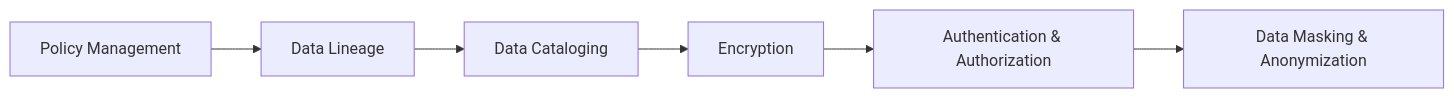
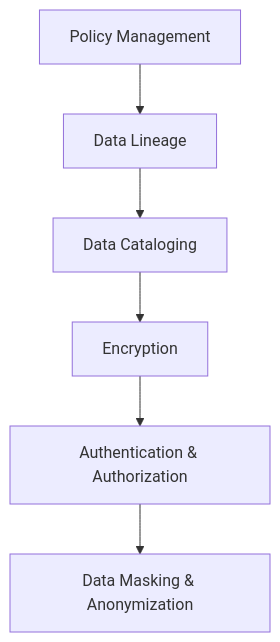
One commit to mgorav/MedallionArchitecture changed diagram 16 of 18 in readme.md. Above: the diagram before and after it, drawn with Mermaid.

Commit message:
layers table

````diff
--- a/readme.md
+++ b/readme.md
@@ -530,8 +530,8 @@
 ```mermaid
-graph LR
+graph TB
   PM[Policy Management] --> DL[Data Lineage]
   DL --> DC[Data Cataloging]
   DC --> ENC[Encryption]
   ENC --> AUTH[Authentication & Authorization]
   AUTH --> MASK[Data Masking & Anonymization]
 ```
````
